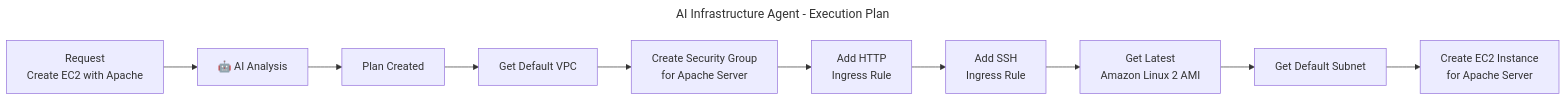
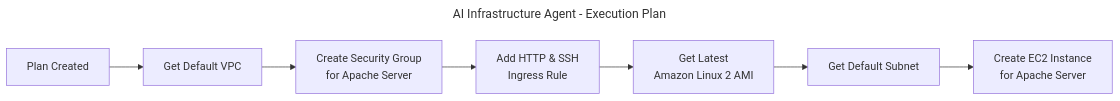
Before and after one commit to sines05/ai-agent-aws: the diagram in README.md, drawn with Mermaid.

Commit message:
Update README AI Analysis & Planning
Update README AI Analysis & Planning

````diff
--- a/README.md
+++ b/README.md
@@ -48,15 +48,12 @@
 ```mermaid
 ---
 title: AI Infrastructure Agent - Execution Plan
 ---
 flowchart LR
-    A[Request<br/>Create EC2 with Apache] --> B[🤖 AI Analysis]
-    B --> C[Plan Created]
-    C --> D[Get Default VPC]
+    C[Plan Created] --> D[Get Default VPC]
     D --> E[Create Security Group<br/>for Apache Server]
-    E --> F[Add HTTP<br/>Ingress Rule]
-    F --> G[Add SSH<br/>Ingress Rule]
-    G --> H[Get Latest<br/>Amazon Linux 2 AMI]
+    E --> F[Add HTTP & SSH<br/>Ingress Rule]
+    F --> H[Get Latest<br/>Amazon Linux 2 AMI]
     H --> I[Get Default Subnet]
     I --> J[Create EC2 Instance<br/>for Apache Server]
 ```
````
